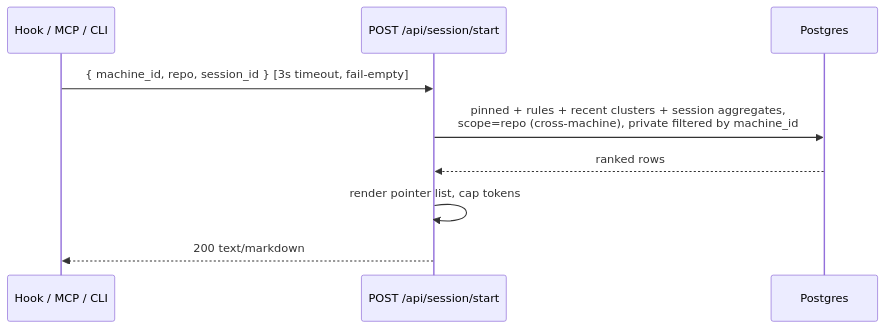
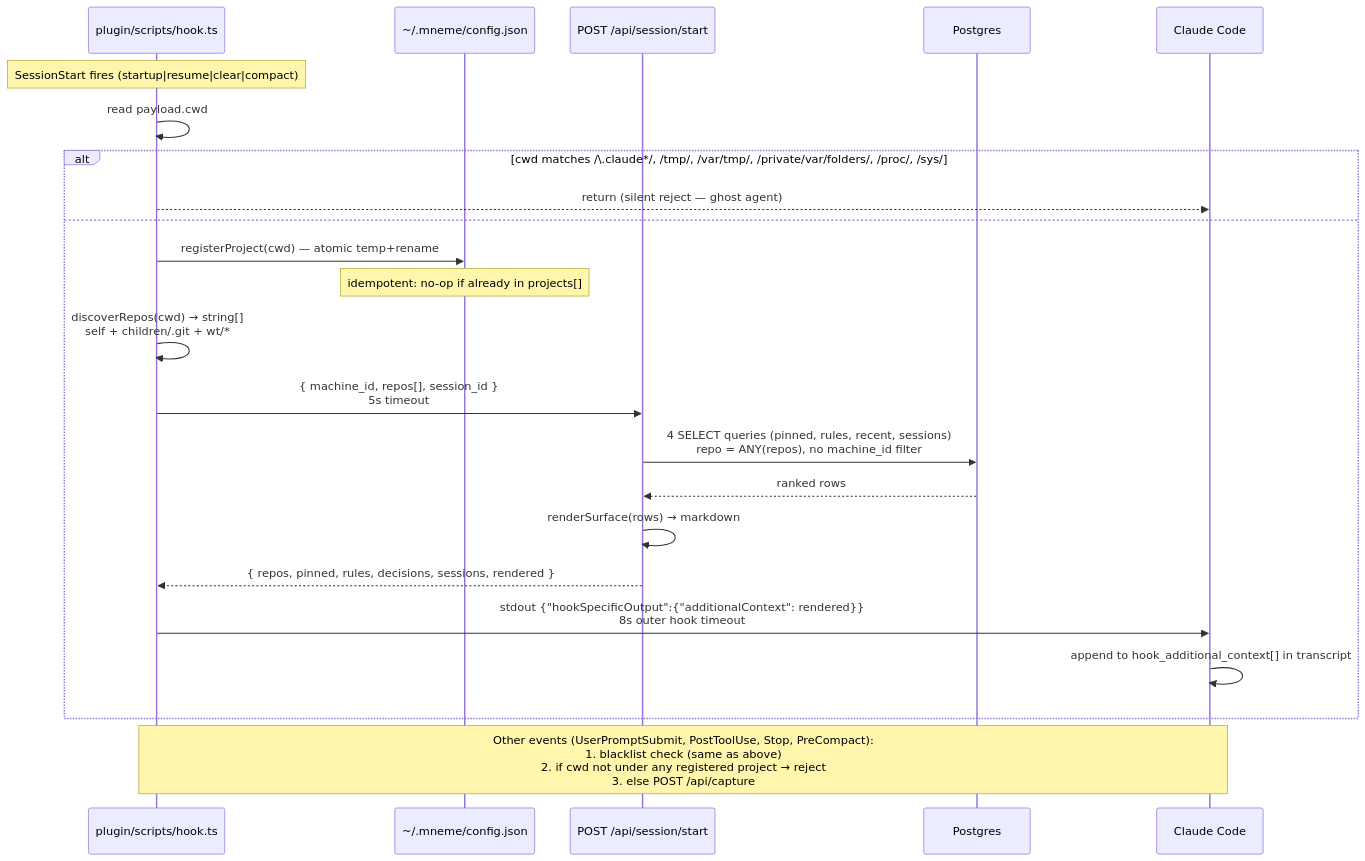
Before and after one commit to j10ra/mneme: the eighth of 8 diagrams in ARCHITECTURE.md, drawn with Mermaid. The commit also changed other lines of this file, not shown here.

Commit message:
(docs): rewrite §6.6 SessionStart lifecycle — registration flow + cwd-to-repos discovery + cross-machine semantics

````diff
--- a/ARCHITECTURE.md
+++ b/ARCHITECTURE.md
@@ -523,12 +561,27 @@
 ```mermaid
 sequenceDiagram
-    participant Caller as Hook / MCP / CLI
+    participant Hook as plugin/scripts/hook.ts
+    participant Cfg as ~/.mneme/config.json
     participant API as POST /api/session/start
     participant DB as Postgres
+    participant CC as Claude Code
 
-    Caller->>API: { machine_id, repo, session_id }  [3s timeout, fail-empty]
-    API->>DB: pinned + rules + recent clusters + session aggregates,<br/>scope=repo (cross-machine), private filtered by machine_id
-    DB-->>API: ranked rows
-    API->>API: render pointer list, cap tokens
-    API-->>Caller: 200 text/markdown
+    Note over Hook: SessionStart fires (startup|resume|clear|compact)
+    Hook->>Hook: read payload.cwd
+    alt cwd matches /\.claude*/, /tmp/, /var/tmp/, /private/var/folders/, /proc/, /sys/
+        Hook-->>CC: return (silent reject — ghost agent)
+    else
+        Hook->>Cfg: registerProject(cwd) — atomic temp+rename
+        Note over Cfg: idempotent: no-op if already in projects[]
+        Hook->>Hook: discoverRepos(cwd) → string[]<br/>self + children/.git + wt/*
+        Hook->>API: { machine_id, repos[], session_id }<br/>5s timeout
+        API->>DB: 4 SELECT queries (pinned, rules, recent, sessions)<br/>repo = ANY(repos), no machine_id filter
+        DB-->>API: ranked rows
+        API->>API: renderSurface(rows) → markdown
+        API-->>Hook: { repos, pinned, rules, decisions, sessions, rendered }
+        Hook->>CC: stdout {"hookSpecificOutput":{"additionalContext": rendered}}<br/>8s outer hook timeout
+        CC->>CC: append to hook_additional_context[] in transcript
+    end
+
+    Note over Hook,CC: Other events (UserPromptSubmit, PostToolUse, Stop, PreCompact):<br/>1. blacklist check (same as above)<br/>2. if cwd not under any registered project → reject<br/>3. else POST /api/capture
 ```
````
